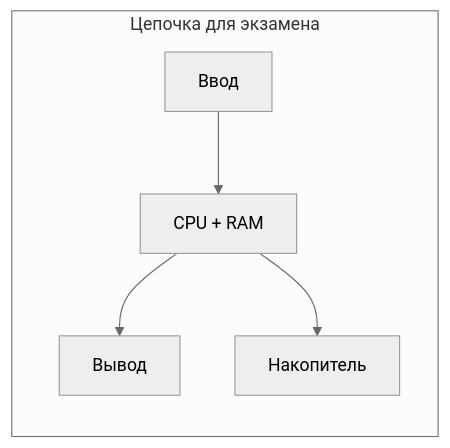
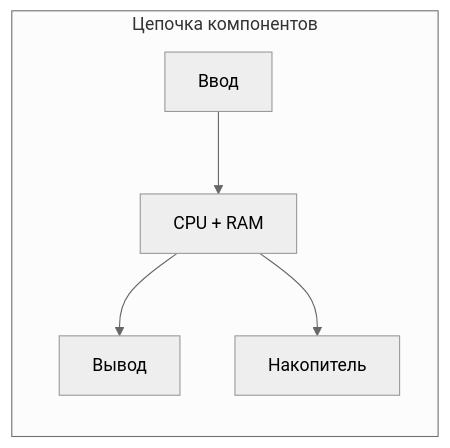
One commit to Spirzen/it-knowledge-base changed the second of 3 diagrams in docs/encyclopedia/1-basics/1-035-bazovaya-informatika/98.md. Above: the diagram before and after it, drawn with Mermaid (neutral theme). The commit also changed other lines of this file and 199 other files, not shown here.

````diff
--- a/docs/encyclopedia/1-basics/1-035-bazovaya-informatika/98.md
+++ b/docs/encyclopedia/1-basics/1-035-bazovaya-informatika/98.md
@@ -786,8 +751,8 @@
 ```mermaid
 flowchart LR
-    subgraph exam[Цепочка для экзамена]
+    subgraph exam[Цепочка компонентов]
         IN[Ввод] --> CPU[CPU + RAM]
         CPU --> OUT[Вывод]
         CPU --> STORE[Накопитель]
     end
 ```
````
